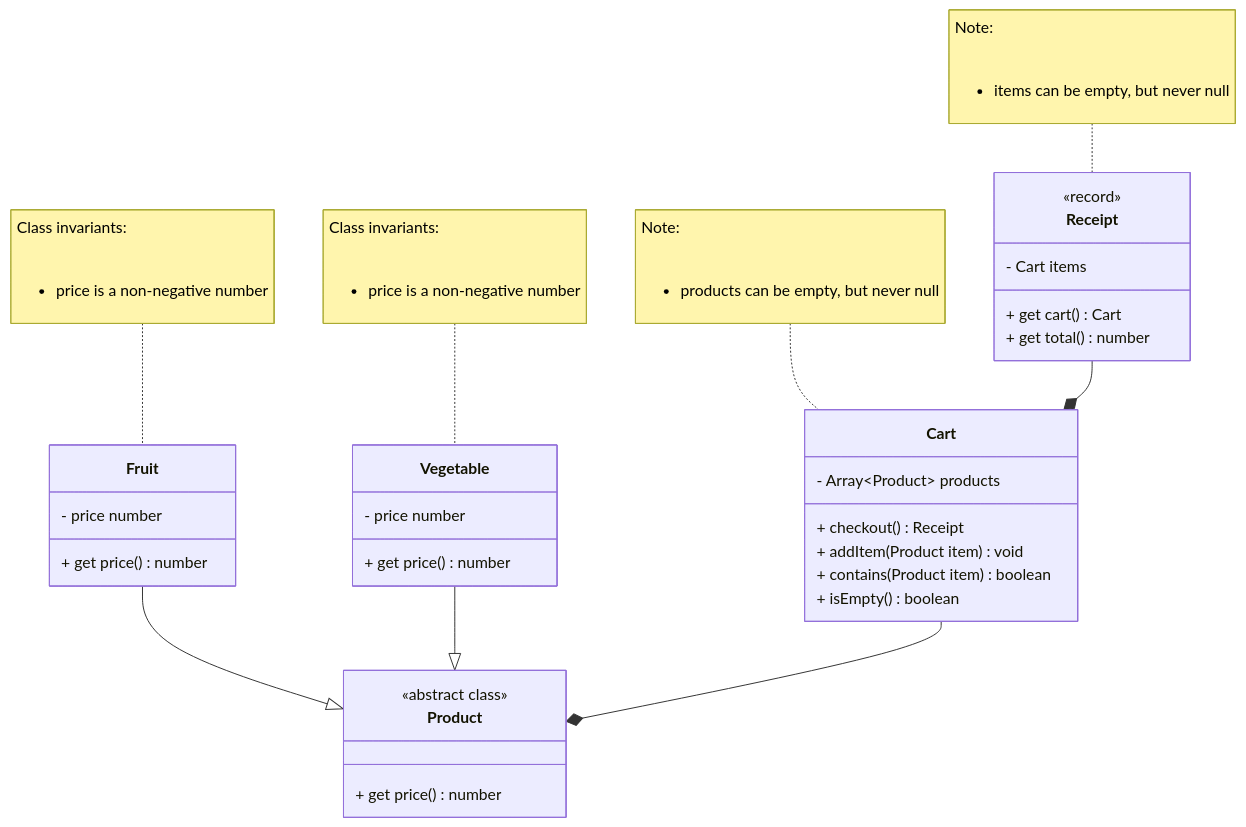
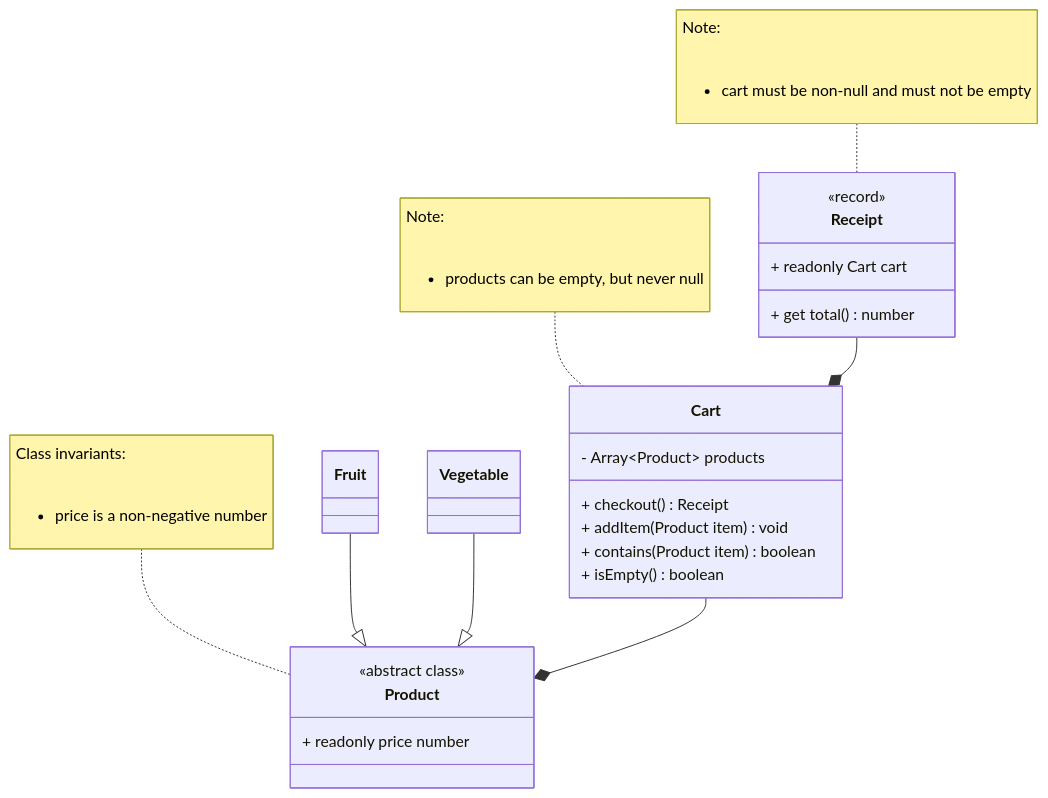
The diagram in domain.md (Bilal-Shoaib/2452-Project), drawn with Mermaid before and after one commit. The commit also changed other lines of this file and 26 other files, not shown here.

````diff
--- a/domain.md
+++ b/domain.md
@@ -9,54 +9,46 @@
 ```mermaid
 classDiagram
     class Product {
         <<abstract class>>
-        + get price() number
+        + readonly price number
     }
+    note for Product "Class invariants: <ul>
+    <li> price is a non-negative number
+    </ul>"
 
     class Fruit {
-        - price number
-        + get price() number
     }
-    note for Fruit "Class invariants: <ul>
-    <li> price is a non-negative number
-    </ul>"
     
     class Vegetable {
-        - price number
-        + get price() number
     }
-    note for Vegetable "Class invariants: <ul>
-    <li> price is a non-negative number
-    </ul>"
 
     class Cart {
         - Array~Product~ products
 
         + checkout() Receipt
         + addItem(Product item) void
         + contains(Product item) boolean
         + isEmpty() boolean
     }
     note for Cart "Note: <ul>
     <li> products can be empty, but never null
     </ul>"
     
     class Receipt {
         <<record>>
 
-        - Cart items
+        + readonly Cart cart
 
-        + get cart() Cart
         + get total() number
     }
     note for Receipt "Note: <ul>
-    <li> items can be empty, but never null
+    <li> cart must be non-null and must not be empty
     </ul>"
 
 %%%%%%%%%%%%%%%%%%%%%%%%%%%%%%%%%%%%%%%%%%%%% Specifications %%%%%%%%%%%%%%%%%%%%%%%%%%%%%%%%%%%%%%%%%%%%%
     Fruit --|> Product
     Vegetable --|> Product
 %%%%%%%%%%%%%%%%%%%%%%%%%%%%%%%%%%%%%%%%%%%%%% Relationships %%%%%%%%%%%%%%%%%%%%%%%%%%%%%%%%%%%%%%%%%%%%%
     Cart --* Product
     Receipt --* Cart
 ```
````
